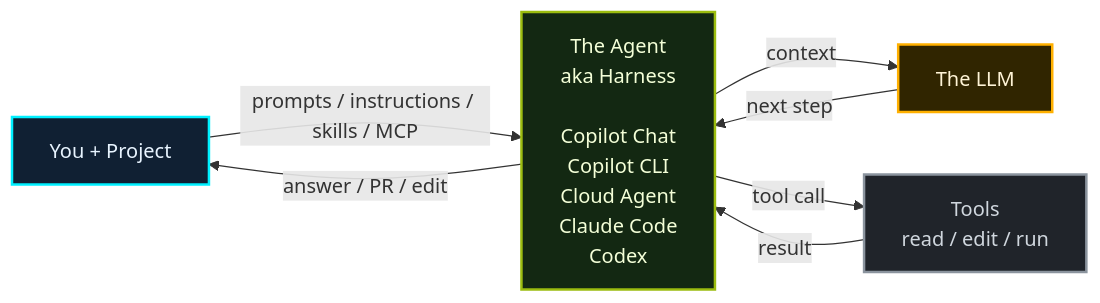
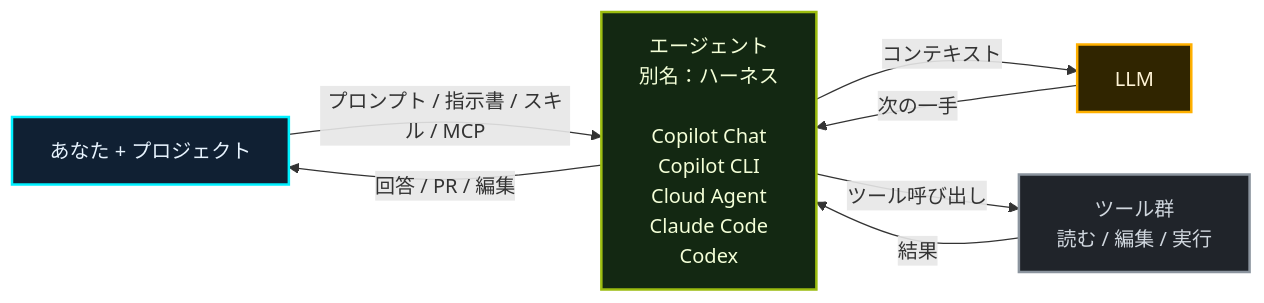
One commit to theomonfort/theomonfort changed the second of 3 diagrams in src/content/playbook/ja/harness-engineering.md. Above: the diagram before and after it, drawn with Mermaid. The commit also changed other lines of this file, not shown here.

Commit message:
playbook(harness-engineering): localize 2025 slide labels/callout to Japanese

````diff
--- a/src/content/playbook/ja/harness-engineering.md
+++ b/src/content/playbook/ja/harness-engineering.md
@@ -72,18 +72,18 @@
 ```mermaid
 flowchart LR
-  Project[You + Project] -->|prompts / instructions / skills / MCP| Agent[The Agent<br/>aka Harness<br/><br/>Copilot Chat<br/>Copilot CLI<br/>Cloud Agent<br/>Claude Code<br/>Codex]
-  Agent -->|answer / PR / edit| Project
-  Agent -->|context| LLM[The LLM]
-  LLM -->|next step| Agent
-  Agent -->|tool call| Tools[Tools<br/>read / edit / run]
-  Tools -->|result| Agent
+  Project[あなた + プロジェクト] -->|プロンプト / 指示書 / スキル / MCP| Agent[エージェント<br/>別名：ハーネス<br/><br/>Copilot Chat<br/>Copilot CLI<br/>Cloud Agent<br/>Claude Code<br/>Codex]
+  Agent -->|回答 / PR / 編集| Project
+  Agent -->|コンテキスト| LLM[LLM]
+  LLM -->|次の一手| Agent
+  Agent -->|ツール呼び出し| Tools[ツール群<br/>読む / 編集 / 実行]
+  Tools -->|結果| Agent
 
   classDef human fill:#102033,stroke:#00f0ff,color:#e8f4ff,stroke-width:2px;
   classDef llm fill:#302500,stroke:#ffb000,color:#fff4d6,stroke-width:2px;
   classDef agent fill:#132812,stroke:#9bbc0f,color:#f4ffd8,stroke-width:2px;
   classDef context fill:#20242a,stroke:#8b949e,color:#d0d7de,stroke-width:2px;
   class Project human;
   class LLM llm;
   class Agent agent;
   class Tools context;
 ```
````
